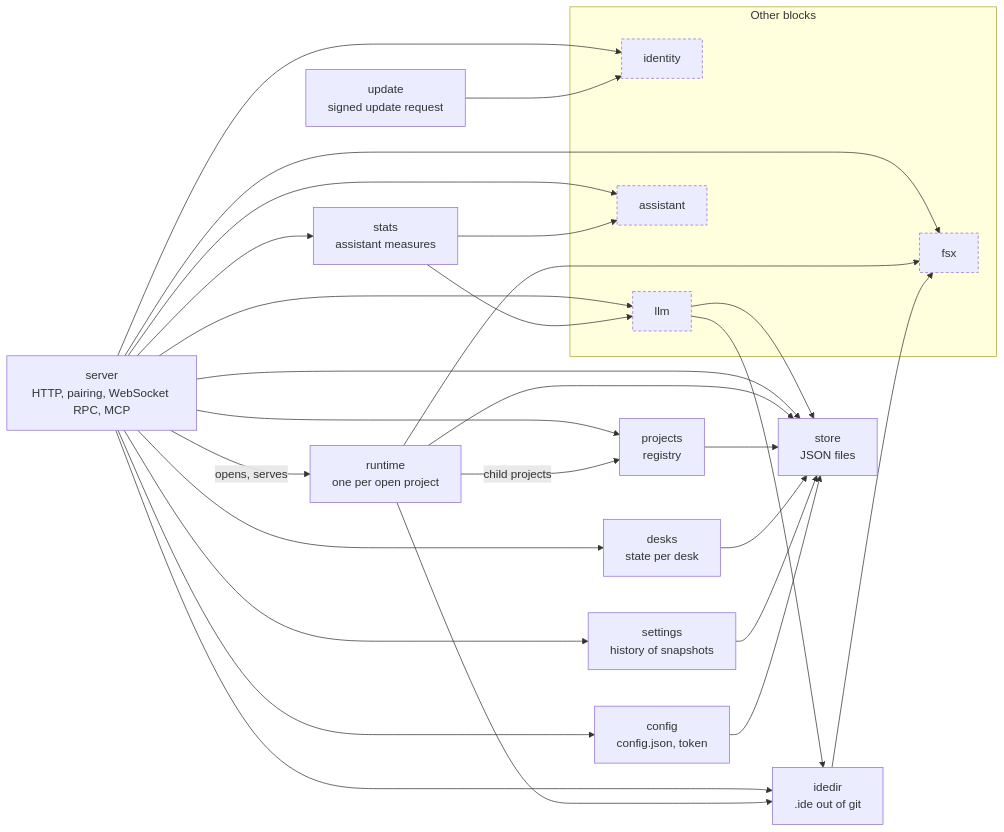
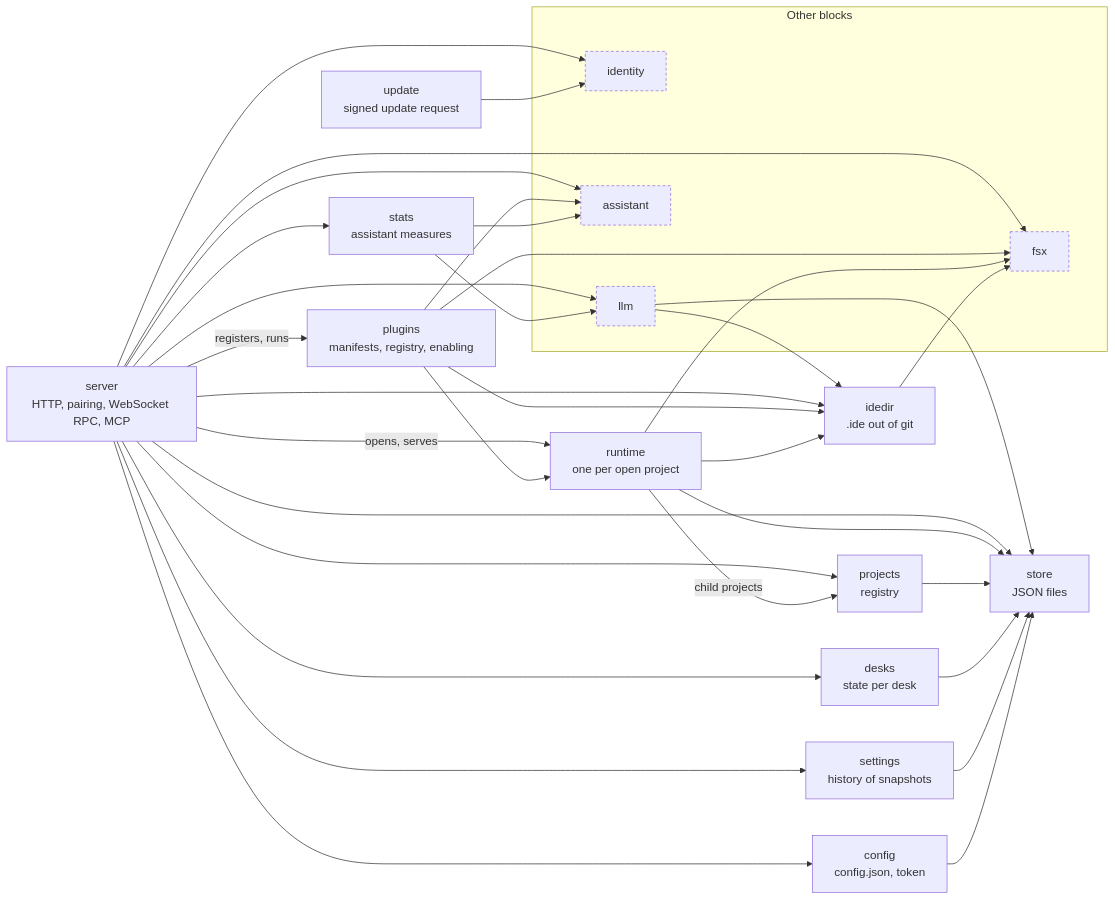
The first of 5 diagrams in pod/internal/README.md (DrSmithFr/web-ide), drawn with Mermaid before and after one commit. The commit also changed other lines of this file and 43 other files, not shown here.

First line of the commit message:
#113 Plugins core: manifest, registry, capabilities, enabling per project

````diff
--- a/pod/internal/README.md
+++ b/pod/internal/README.md
@@ -19,47 +19,53 @@
 ```mermaid
 flowchart LR
   subgraph g_Otherblocks["Other blocks"]
     fsx["fsx"]
     identity["identity"]
     llm["llm"]
     assistant["assistant"]
   end
   server["server<br/>HTTP, pairing, WebSocket RPC, MCP"]
   runtime["runtime<br/>one per open project"]
   projects["projects<br/>registry"]
   desks["desks<br/>state per desk"]
   settings["settings<br/>history of snapshots"]
   store["store<br/>JSON files"]
   config["config<br/>config.json, token"]
   idedir["idedir<br/>.ide out of git"]
   stats["stats<br/>assistant measures"]
   update["update<br/>signed update request"]
+  plugins["plugins<br/>manifests, registry, enabling"]
   server --> assistant
   server --> config
   server --> fsx
   server --> idedir
   server --> identity
   server --> llm
   server --> projects
   server -->|"opens, serves"| runtime
   server --> desks
   server --> settings
   server --> stats
   server --> store
+  server -->|"registers, runs"| plugins
+  plugins --> runtime
+  plugins --> assistant
+  plugins --> fsx
+  plugins --> idedir
   runtime --> fsx
   runtime --> idedir
   runtime -->|"child projects"| projects
   runtime --> store
   projects --> store
   desks --> store
   settings --> store
   config --> store
   idedir --> fsx
   stats --> assistant
   stats --> llm
   update --> identity
   llm --> idedir
   llm --> store
   classDef other stroke-dasharray: 4 3
   class fsx,identity,llm,assistant other
 ```
````
